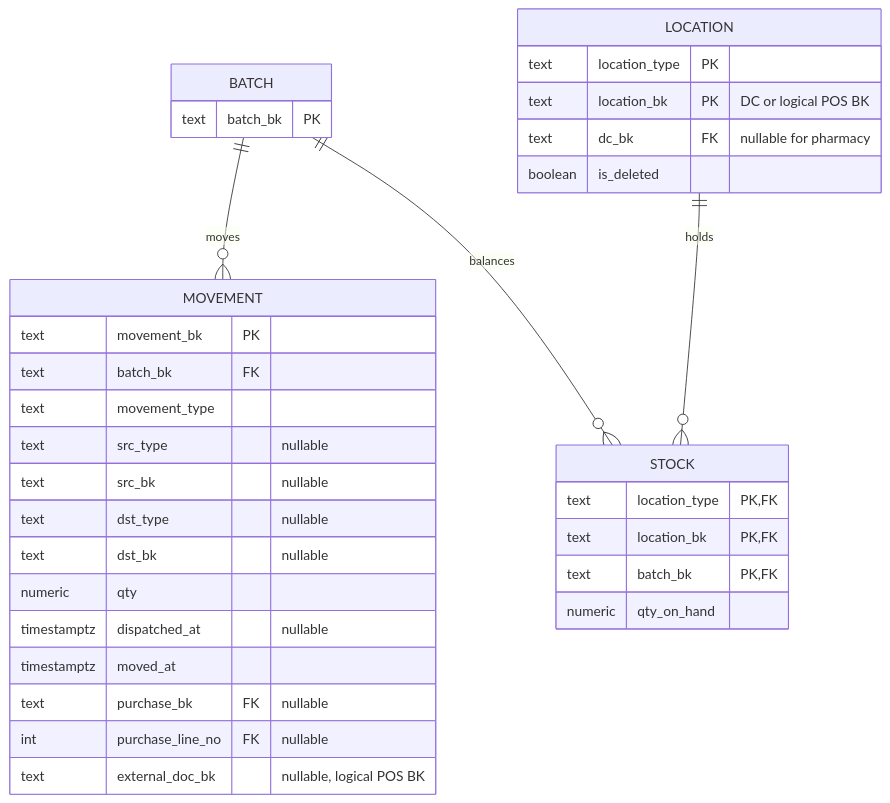
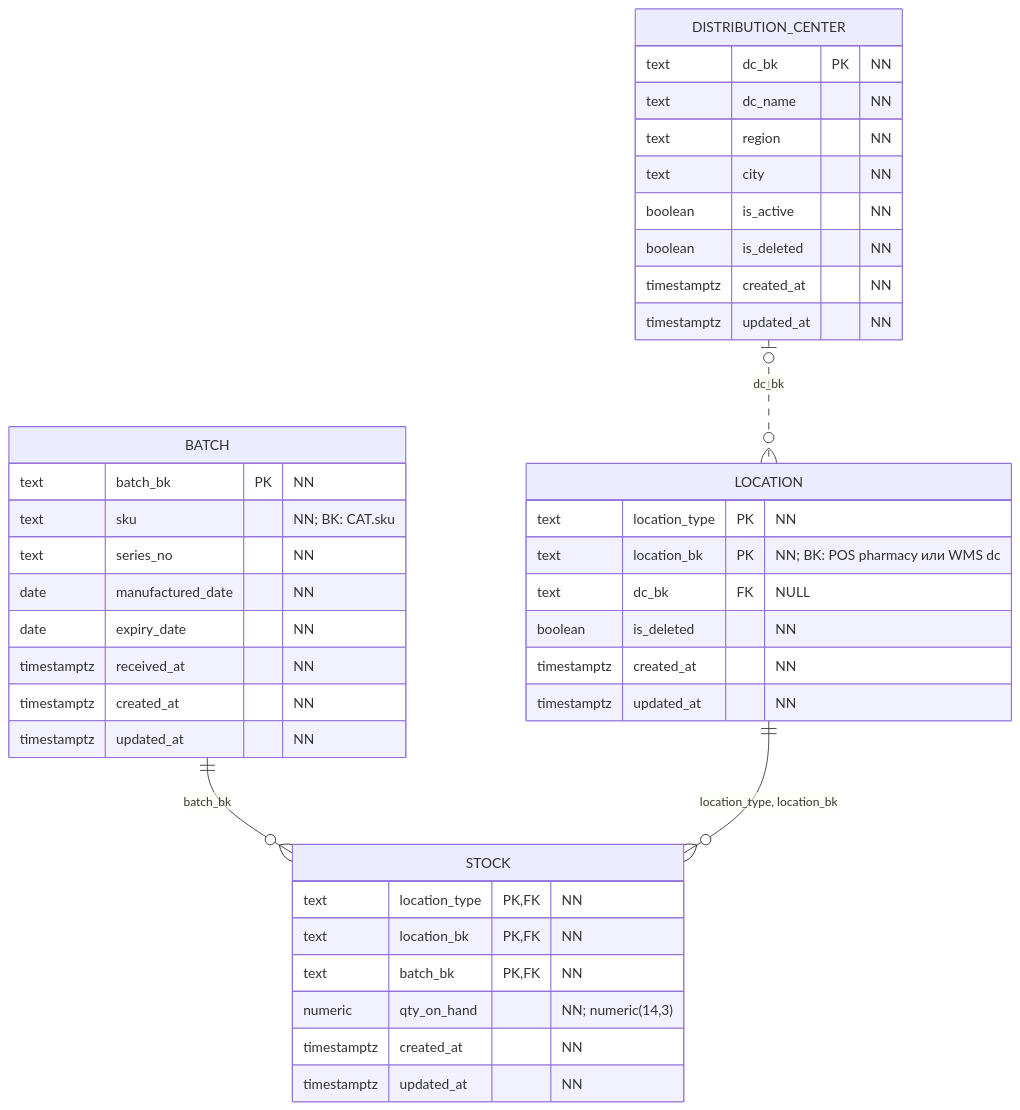
Before and after one commit to alexey077/dwh: the second of 3 diagrams in docs/erd/wms.md, drawn with Mermaid. The commit also changed other lines of this file and 5 other files, not shown here.

Commit message:
Complete physical ER diagrams and correct keys and cardinalities [skip ci]

````diff
--- a/docs/erd/wms.md
+++ b/docs/erd/wms.md
@@ -55,36 +78,43 @@
 ```mermaid
 erDiagram
-    BATCH ||--o{ MOVEMENT : moves
-    BATCH ||--o{ STOCK : balances
-    LOCATION ||--o{ STOCK : holds
+    direction TB
+    DISTRIBUTION_CENTER |o..o{ LOCATION : "dc_bk"
+    BATCH ||--o{ STOCK : "batch_bk"
+    LOCATION ||--o{ STOCK : "location_type, location_bk"
+    DISTRIBUTION_CENTER {
+        text dc_bk PK "NN"
+        text dc_name "NN"
+        text region "NN"
+        text city "NN"
+        boolean is_active "NN"
+        boolean is_deleted "NN"
+        timestamptz created_at "NN"
+        timestamptz updated_at "NN"
+    }
     LOCATION {
-        text location_type PK
-        text location_bk PK "DC or logical POS BK"
-        text dc_bk FK "nullable for pharmacy"
-        boolean is_deleted
+        text location_type PK "NN"
+        text location_bk PK "NN; BK: POS pharmacy или WMS dc"
+        text dc_bk FK "NULL"
+        boolean is_deleted "NN"
+        timestamptz created_at "NN"
+        timestamptz updated_at "NN"
+    }
+    BATCH {
+        text batch_bk PK "NN"
+        text sku "NN; BK: CAT.sku"
+        text series_no "NN"
+        date manufactured_date "NN"
+        date expiry_date "NN"
+        timestamptz received_at "NN"
+        timestamptz created_at "NN"
+        timestamptz updated_at "NN"
     }
     STOCK {
-        text location_type PK,FK
-        text location_bk PK,FK
-        text batch_bk PK,FK
-        numeric qty_on_hand
-    }
-    MOVEMENT {
-        text movement_bk PK
-        text batch_bk FK
-        text movement_type
-        text src_type "nullable"
-        text src_bk "nullable"
-        text dst_type "nullable"
-        text dst_bk "nullable"
-        numeric qty
-        timestamptz dispatched_at "nullable"
-        timestamptz moved_at
-        text purchase_bk FK "nullable"
-        int purchase_line_no FK "nullable"
-        text external_doc_bk "nullable, logical POS BK"
-    }
-    BATCH {
-        text batch_bk PK
+        text location_type PK,FK "NN"
+        text location_bk PK,FK "NN"
+        text batch_bk PK,FK "NN"
+        numeric qty_on_hand "NN; numeric(14,3)"
+        timestamptz created_at "NN"
+        timestamptz updated_at "NN"
     }
 ```
````
